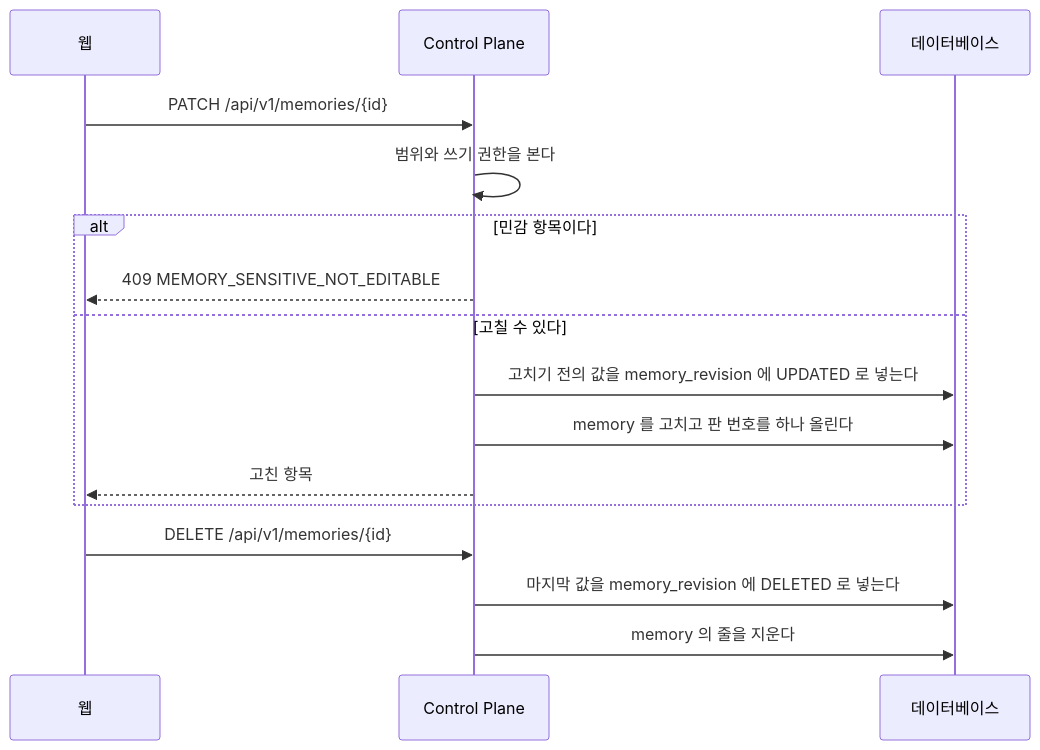
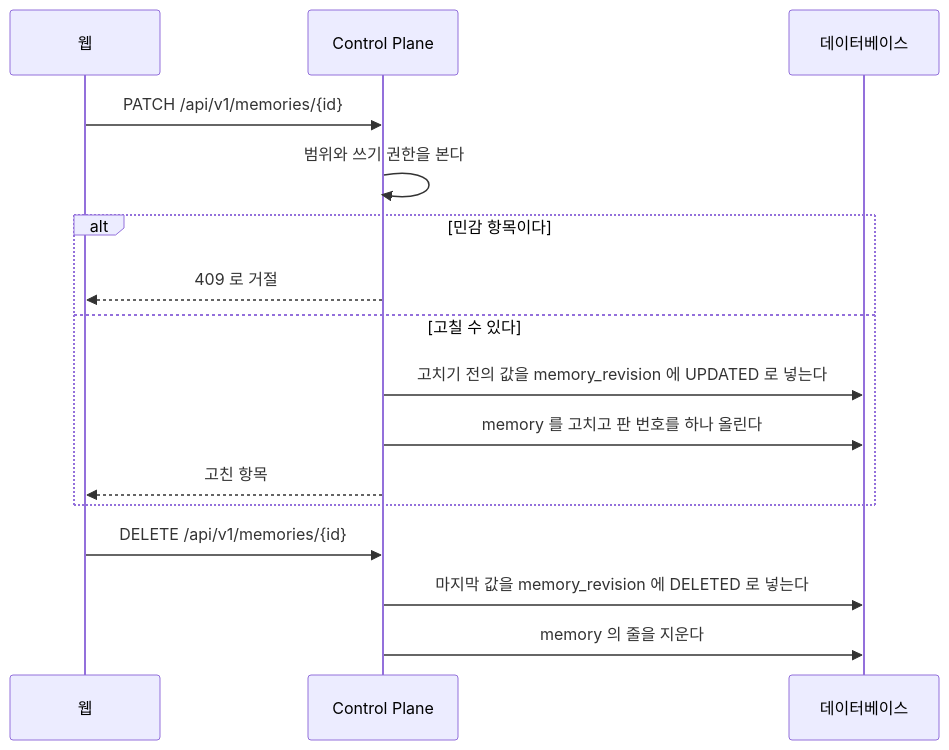
One commit to jon890/fos-assistant changed the third of 4 diagrams in docs/backend/memory.md. Above: the diagram before and after it, drawn with Mermaid. The commit also changed other lines of this file and 8 other files, not shown here.

````diff
--- a/docs/backend/memory.md
+++ b/docs/backend/memory.md
@@ -249,19 +214,19 @@
 ```mermaid
 sequenceDiagram
     participant W as 웹
     participant C as Control Plane
     participant D as 데이터베이스
 
     W->>C: PATCH /api/v1/memories/{id}
     C->>C: 범위와 쓰기 권한을 본다
     alt 민감 항목이다
-        C-->>W: 409 MEMORY_SENSITIVE_NOT_EDITABLE
+        C-->>W: 409 로 거절
     else 고칠 수 있다
         C->>D: 고치기 전의 값을 memory_revision 에 UPDATED 로 넣는다
         C->>D: memory 를 고치고 판 번호를 하나 올린다
         C-->>W: 고친 항목
     end
     W->>C: DELETE /api/v1/memories/{id}
     C->>D: 마지막 값을 memory_revision 에 DELETED 로 넣는다
     C->>D: memory 의 줄을 지운다
 ```
````
